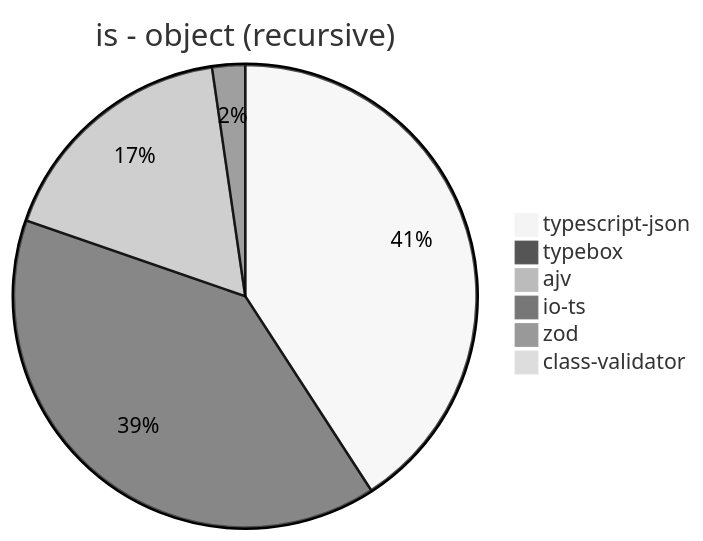
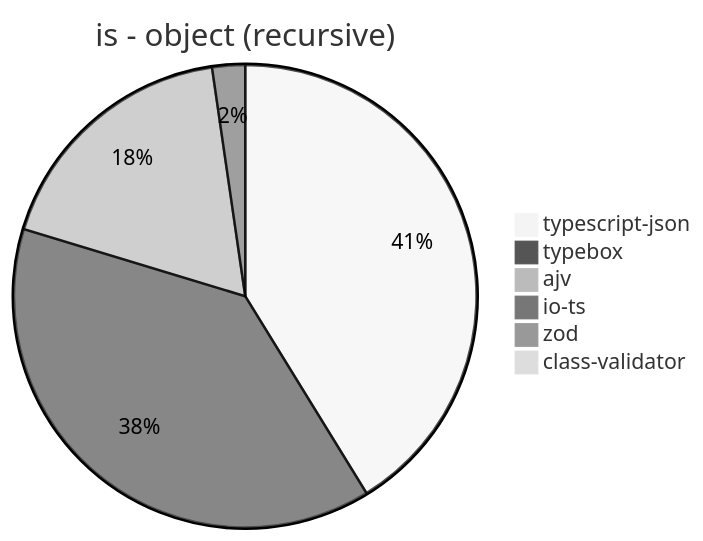
One commit to samchon/typia changed the third of 9 diagrams in benchmark/results/AMD Ryzen 7 3700X 8-Core Processor.md. Above: the diagram before and after it, drawn with Mermaid (neutral theme). The commit also changed other lines of this file and 2 other files, not shown here.

````diff
--- a/benchmark/results/AMD Ryzen 7 3700X 8-Core Processor.md
+++ b/benchmark/results/AMD Ryzen 7 3700X 8-Core Processor.md
@@ -44,9 +44,9 @@
 ```mermaid
 pie title is - object (recursive)
-  "typescript-json": 75845.6043956044
-  "typebox": 73286.49935885693
-  "ajv": 32307.69230769231
-  "io-ts": 4270.117044623263
-  "zod": 57.09251101321587
-  "class-validator": 30.493439290334504
+  "typescript-json": 75067.48354059986
+  "typebox": 70065.83986868503
+  "ajv": 32807.51348335503
+  "io-ts": 4185.870932949848
+  "zod": 54.475421863536326
+  "class-validator": 29.84524686809138
 ```
````
